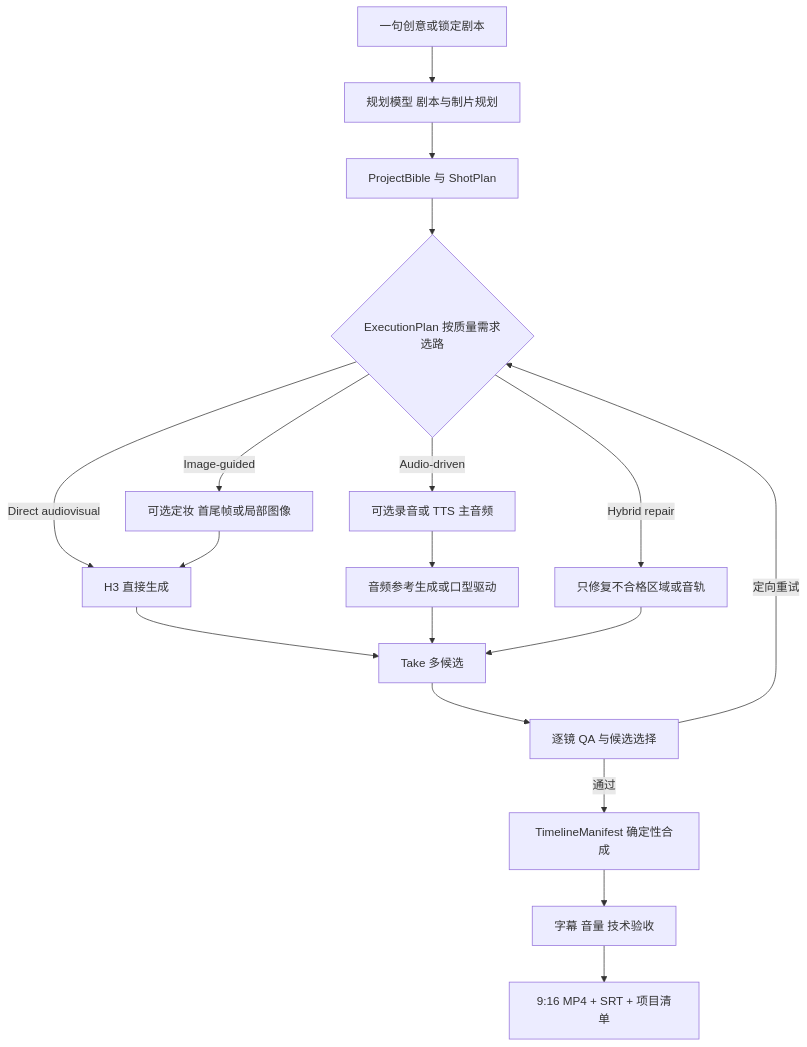
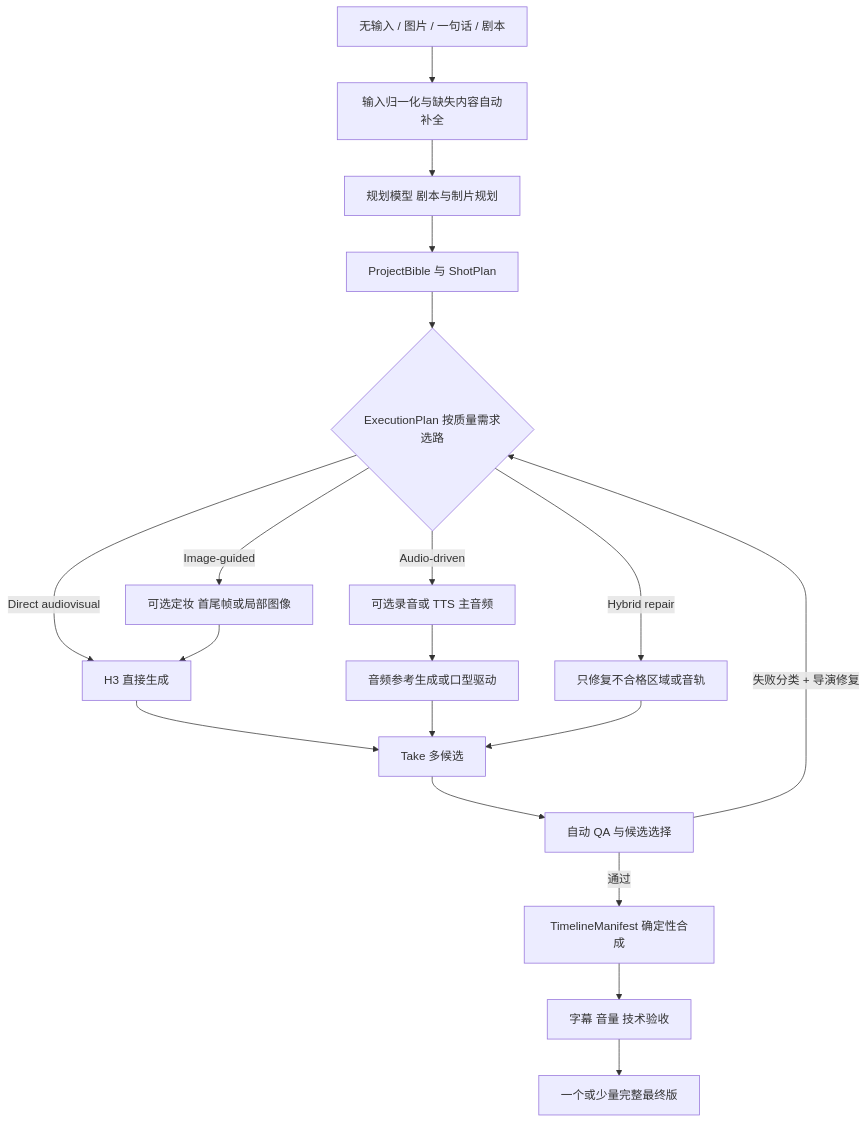
One commit to MicroYui/short-drama-studio changed the diagram in docs/06-candidate-architecture-hypotheses.md. Above: the diagram before and after it, drawn with Mermaid. The commit also changed other lines of this file and 19 other files, not shown here.

````diff
--- a/docs/06-candidate-architecture-hypotheses.md
+++ b/docs/06-candidate-architecture-hypotheses.md
@@ -26,20 +26,21 @@
 ```mermaid
 flowchart TD
-    A["一句创意或锁定剧本"] --> B["规划模型 剧本与制片规划"]
-    B --> C["ProjectBible 与 ShotPlan"]
-    C --> D{"ExecutionPlan 按质量需求选路"}
-    D -->|"Direct audiovisual"| E["H3 直接生成"]
-    D -->|"Image-guided"| F["可选定妆 首尾帧或局部图像"]
-    F --> E
-    D -->|"Audio-driven"| G["可选录音或 TTS 主音频"]
-    G --> H["音频参考生成或口型驱动"]
-    D -->|"Hybrid repair"| I["只修复不合格区域或音轨"]
-    E --> J["Take 多候选"]
-    H --> J
-    I --> J
-    J --> K["逐镜 QA 与候选选择"]
-    K -->|"定向重试"| D
-    K -->|"通过"| L["TimelineManifest 确定性合成"]
-    L --> M["字幕 音量 技术验收"]
-    M --> N["9:16 MP4 + SRT + 项目清单"]
+    A["无输入 / 图片 / 一句话 / 剧本"] --> B["输入归一化与缺失内容自动补全"]
+    B --> C["规划模型 剧本与制片规划"]
+    C --> D["ProjectBible 与 ShotPlan"]
+    D --> E{"ExecutionPlan 按质量需求选路"}
+    E -->|"Direct audiovisual"| F["H3 直接生成"]
+    E -->|"Image-guided"| G["可选定妆 首尾帧或局部图像"]
+    G --> F
+    E -->|"Audio-driven"| H["可选录音或 TTS 主音频"]
+    H --> I["音频参考生成或口型驱动"]
+    E -->|"Hybrid repair"| J["只修复不合格区域或音轨"]
+    F --> K["Take 多候选"]
+    I --> K
+    J --> K
+    K --> L["自动 QA 与候选选择"]
+    L -->|"失败分类 + 导演修复"| E
+    L -->|"通过"| M["TimelineManifest 确定性合成"]
+    M --> N["字幕 音量 技术验收"]
+    N --> O["一个或少量完整最终版"]
 ```
````
